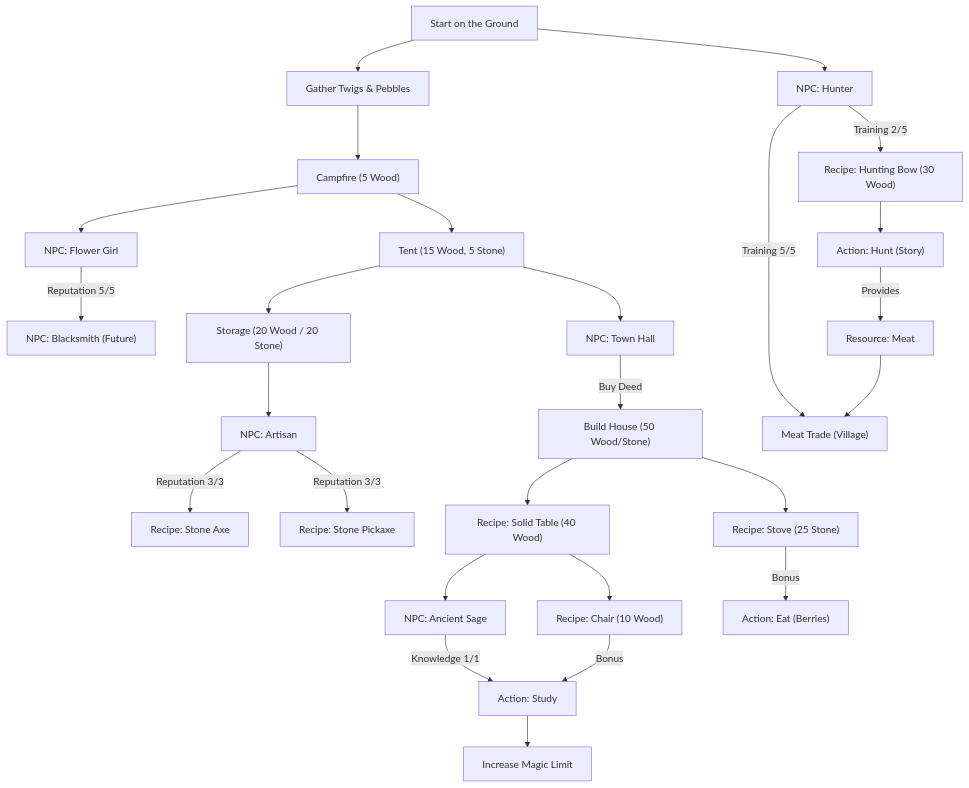
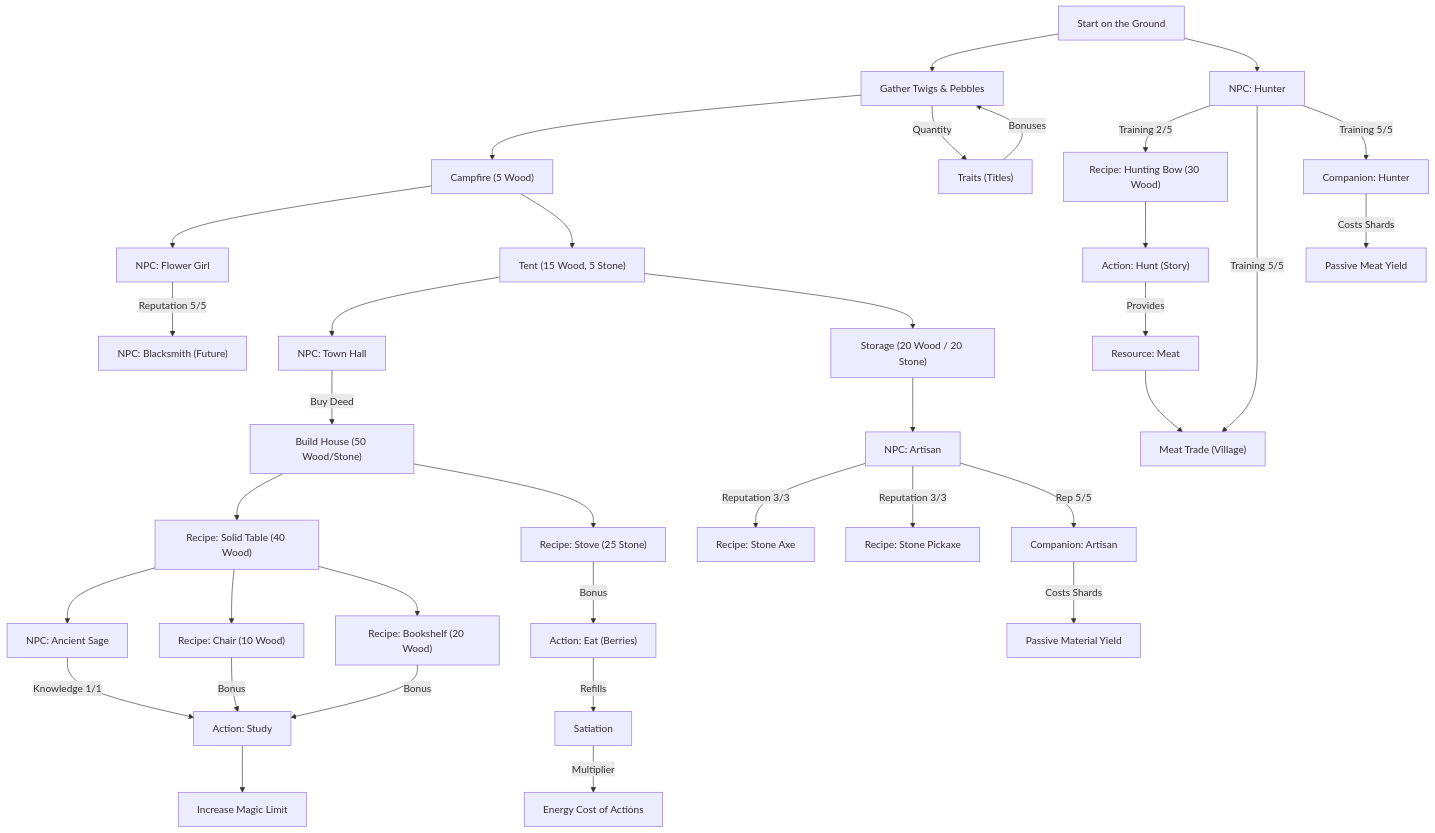
The diagram in docs/PROGRESSION.md (Lassandriel/My-earned-Wings), drawn with Mermaid before and after one commit. The commit also changed other lines of this file and 18 other files, not shown here.

````diff
--- a/docs/PROGRESSION.md
+++ b/docs/PROGRESSION.md
@@ -5,44 +5,59 @@
 ```mermaid
 graph TD
     %% Start
     Start["Start on the Ground"] --> Gather["Gather Twigs & Pebbles"]
     Gather --> Campfire["Campfire (5 Wood)"]
     Campfire --> FlowerGirl["NPC: Flower Girl"]
     
     %% Flower Girl Chain
     FlowerGirl -- "Reputation 5/5" --> Blacksmith["NPC: Blacksmith (Future)"]
     
     %% Housing Chain
     Campfire --> Tent["Tent (15 Wood, 5 Stone)"]
     Tent --> TownHall["NPC: Town Hall"]
     Tent --> Storage["Storage (20 Wood / 20 Stone)"]
     Storage --> Artisan["NPC: Artisan"]
     
     %% Tools
     Artisan -- "Reputation 3/3" --> Axe["Recipe: Stone Axe"]
     Artisan -- "Reputation 3/3" --> Pickaxe["Recipe: Stone Pickaxe"]
     
     %% Advanced Housing
     TownHall -- "Buy Deed" --> House["Build House (50 Wood/Stone)"]
     House --> Table["Recipe: Solid Table (40 Wood)"]
     Table --> Sage["NPC: Ancient Sage"]
     
     %% Magic Chain
     Sage -- "Knowledge 1/1" --> Study["Action: Study"]
     Study --> MagicCap["Increase Magic Limit"]
     
     %% Furniture Synergies
     Table --> Chair["Recipe: Chair (10 Wood)"]
     Chair -- "Bonus" --> Study
+    Table --> Bookshelf["Recipe: Bookshelf (20 Wood)"]
+    Bookshelf -- "Bonus" --> Study
     
     House --> Stove["Recipe: Stove (25 Stone)"]
     Stove -- "Bonus" --> Eat["Action: Eat (Berries)"]
     
     %% Hunter Saga
     Start --> Hunter["NPC: Hunter"]
     Hunter -- "Training 2/5" --> Bow["Recipe: Hunting Bow (30 Wood)"]
     Bow --> Hunt["Action: Hunt (Story)"]
     Hunter -- "Training 5/5" --> MeatTrade["Meat Trade (Village)"]
     Hunt -- "Provides" --> Meat["Resource: Meat"]
     Meat --> MeatTrade
+    
+    %% NEW: Traits & Companions
+    Gather -- "Quantity" --> Traits["Traits (Titles)"]
+    Traits -- "Bonuses" --> Gather
+    
+    Hunter -- "Training 5/5" --> Companion_Hunter["Companion: Hunter"]
+    Artisan -- "Rep 5/5" --> Companion_Artisan["Companion: Artisan"]
+    Companion_Hunter -- "Costs Shards" --> Auto_Meat["Passive Meat Yield"]
+    Companion_Artisan -- "Costs Shards" --> Auto_Wood_Stone["Passive Material Yield"]
+    
+    %% Satiation logic
+    Eat -- "Refills" --> Satiation["Satiation"]
+    Satiation -- "Multiplier" --> EnergyCost["Energy Cost of Actions"]
 ```
````
